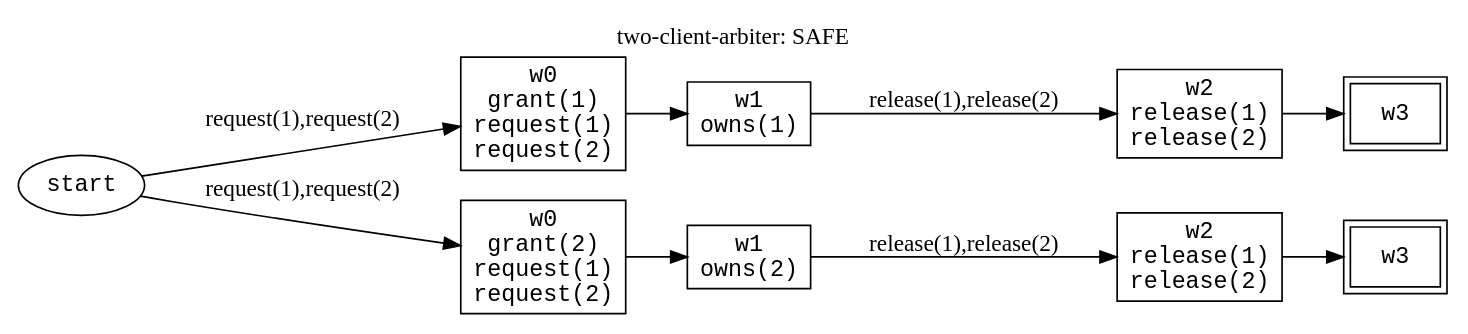
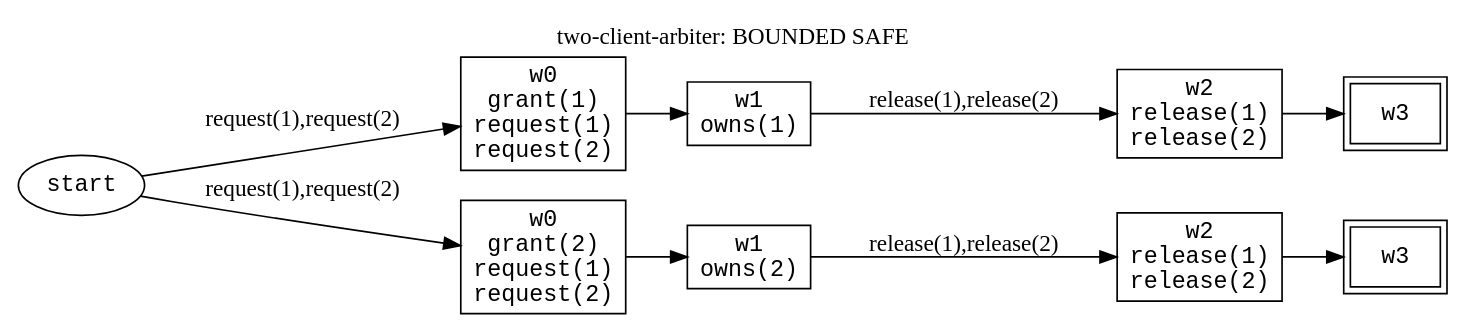
The diagram in examples/model-checking/arbiter.expected.dot (SamuelSchlesinger/temporal-prolog), drawn with Graphviz before and after one commit. The commit also changed 17 other files, not shown here.

```diff
--- a/examples/model-checking/arbiter.expected.dot
+++ b/examples/model-checking/arbiter.expected.dot
@@ -1,22 +1,22 @@
 digraph temporal_prolog {
   rankdir=LR;
-  graph [labelloc=t, label="two-client-arbiter: SAFE"];
+  graph [labelloc=t, label="two-client-arbiter: BOUNDED SAFE"];
   node [shape=box, fontname="monospace"] ;
   n0 [shape=ellipse, label="start"];
   n1 [label="w0\ngrant(1)\nrequest(1)\nrequest(2)"];
   n2 [label="w0\ngrant(2)\nrequest(1)\nrequest(2)"];
   n3 [label="w1\nowns(1)"];
   n4 [label="w1\nowns(2)"];
   n5 [label="w2\nrelease(1)\nrelease(2)"];
   n6 [label="w2\nrelease(1)\nrelease(2)"];
   n7 [label="w3", peripheries=2];
   n8 [label="w3", peripheries=2];
   n0 -> n1 [label="request(1),request(2)"];
   n0 -> n2 [label="request(1),request(2)"];
   n1 -> n3;
   n2 -> n4;
   n3 -> n5 [label="release(1),release(2)"];
   n4 -> n6 [label="release(1),release(2)"];
   n5 -> n7;
   n6 -> n8;
 }
```
